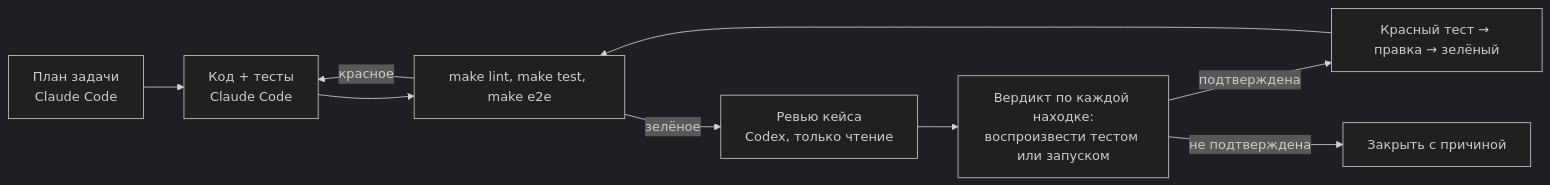
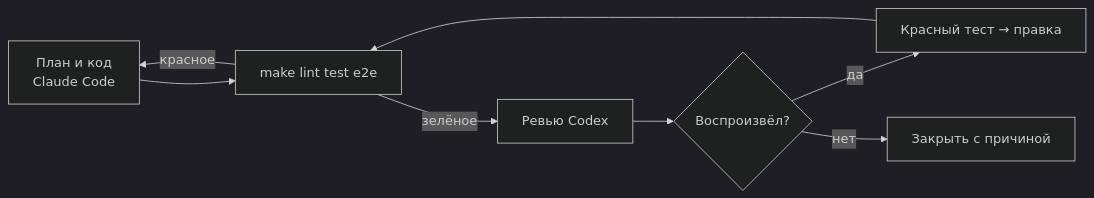
One commit to Georgy213123/ai-product-engineering changed the diagram in projects/02-shopprobe/docs/04-ai-development.md. Above: the diagram before and after it, drawn with Mermaid (dark theme). The commit also changed other lines of this file and 17 other files, not shown here.

````diff
--- a/projects/02-shopprobe/docs/04-ai-development.md
+++ b/projects/02-shopprobe/docs/04-ai-development.md
@@ -28,11 +8,9 @@
 ```mermaid
 flowchart LR
-  A[План задачи<br>Claude Code] --> C[Код + тесты<br>Claude Code]
-  C --> E[make lint, make test, make e2e]
-  E -->|красное| C
-  E -->|зелёное| R[Ревью кейса<br>Codex, только чтение]
-  R --> V[Вердикт по каждой находке:<br>воспроизвести тестом или запуском]
-  V -->|подтверждена| T[Красный тест → правка → зелёный]
-  V -->|не подтверждена| X[Закрыть с причиной]
-  T --> E
+  A[План и код<br>Claude Code] --> E[make lint test e2e]
+  E -->|красное| A
+  E -->|зелёное| R[Ревью Codex]
+  R --> V{Воспроизвёл?}
+  V -->|да| T[Красный тест → правка] --> E
+  V -->|нет| X[Закрыть с причиной]
 ```
````
